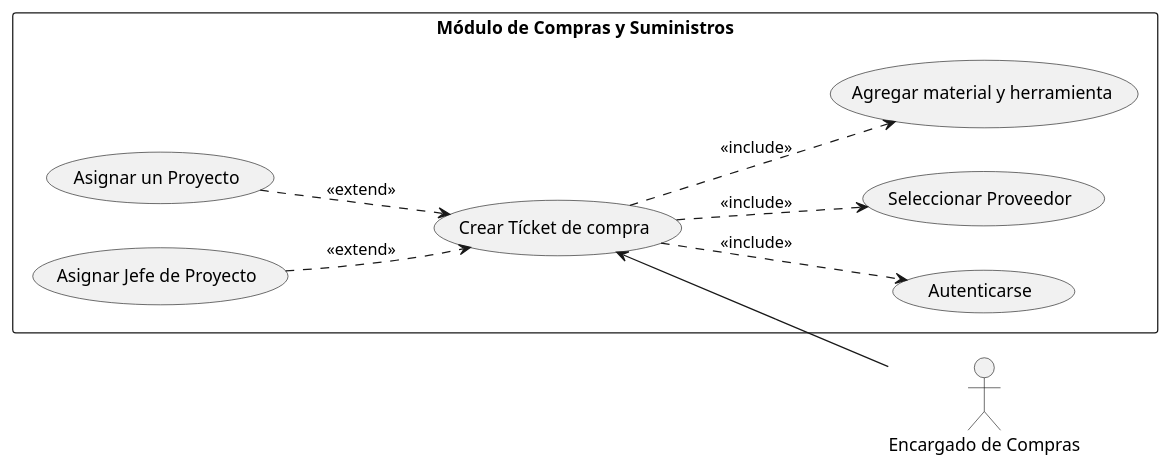
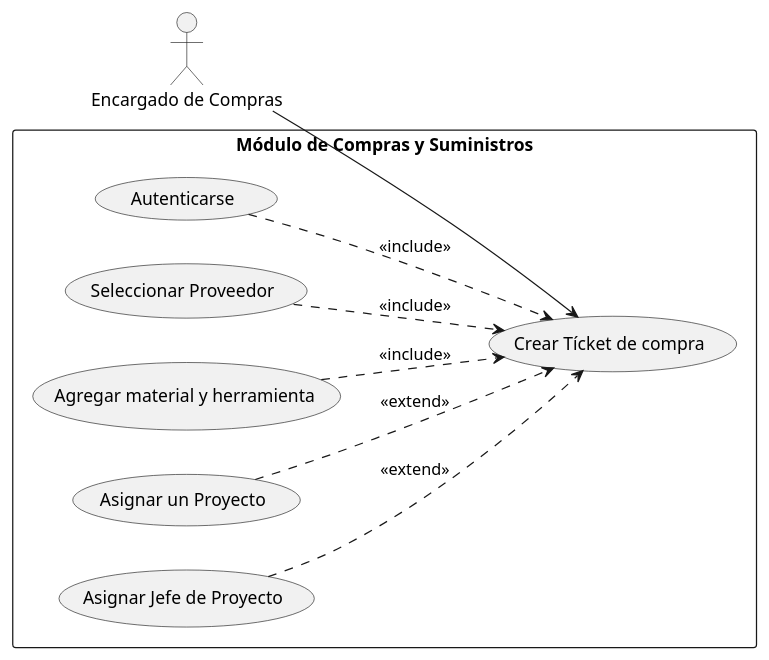
Before and after one commit to davidsanchez12/Diagramas_Casos_De_Uso_AyDS: the diagram in Casos_de_Uso/generar_orden_compra.puml, drawn with PlantUML. The commit also changed 1 other file, not shown here.

Commit message:
Diagrama 3

```diff
--- a/Casos_de_Uso/generar_orden_compra.puml
+++ b/Casos_de_Uso/generar_orden_compra.puml
@@ -1,36 +1,36 @@
 @startuml
 ' Esta directiva acomoda el diagrama de izquierda a derecha (estilo clásico UML)
 left to right direction
 
 ' Damos estilo rectangular al límite del sistema
 skinparam packageStyle rectangle
 
 actor "Encargado de Compras" as Compras
 
 package "Módulo de Compras y Suministros" {
     
     usecase "Crear Tícket de compra" as UC_Base
     
     ' Casos de uso obligatorios
     usecase "Autenticarse" as UC_Inc1
     usecase "Seleccionar Proveedor" as UC_Inc2
     usecase "Agregar material y herramienta" as UC_Inc3
     
     ' Casos de uso opcionales
     usecase "Asignar un Proyecto" as UC_Ext1
     usecase "Asignar Jefe de Proyecto" as UC_Ext2
 }
 
-' Relación principal (Invertimos la flecha para que el actor salga a la derecha)
-UC_Base <-- Compras
+' Relación principal
+Compras --> UC_Base
 
 ' Relaciones INCLUDE (El caso base apunta a los incluidos)
-UC_Base ..> UC_Inc1 : <<include>>
-UC_Base ..> UC_Inc2 : <<include>>
-UC_Base ..> UC_Inc3 : <<include>>
+UC_Inc1 ..> UC_Base : <<include>>
+UC_Inc2 ..> UC_Base : <<include>>
+UC_Inc3 ..> UC_Base : <<include>>
 
 ' Relaciones EXTEND (Los casos opcionales apuntan al caso base)
 UC_Ext1 ..> UC_Base : <<extend>>
 UC_Ext2 ..> UC_Base : <<extend>>
 
 @enduml
```
